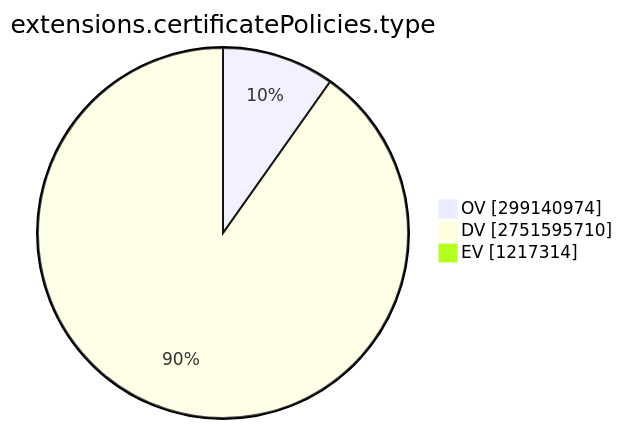
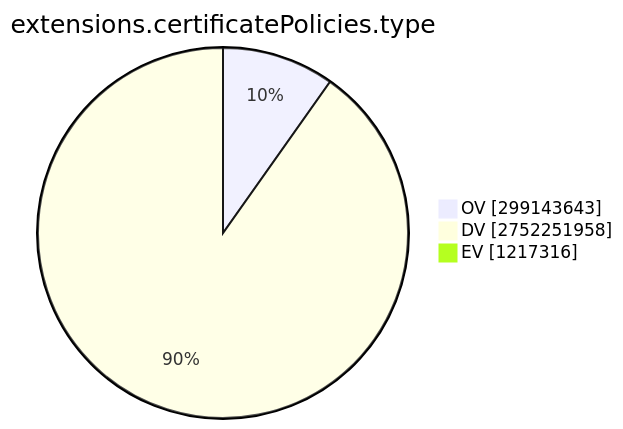
Before and after one commit to christiankrug/ctmonitor_visualization: the ninth of 15 diagrams in TOTAL/README.md, drawn with Mermaid. The commit also changed other lines of this file, not shown here.

````diff
--- a/TOTAL/README.md
+++ b/TOTAL/README.md
@@ -3100,7 +3100,7 @@
 ```mermaid
 pie showData
 title extensions.certificatePolicies.type
-"OV" :299140974
-"DV" :2751595710
-"EV" :1217314
+"OV" :299143643
+"DV" :2752251958
+"EV" :1217316
 ```
````
